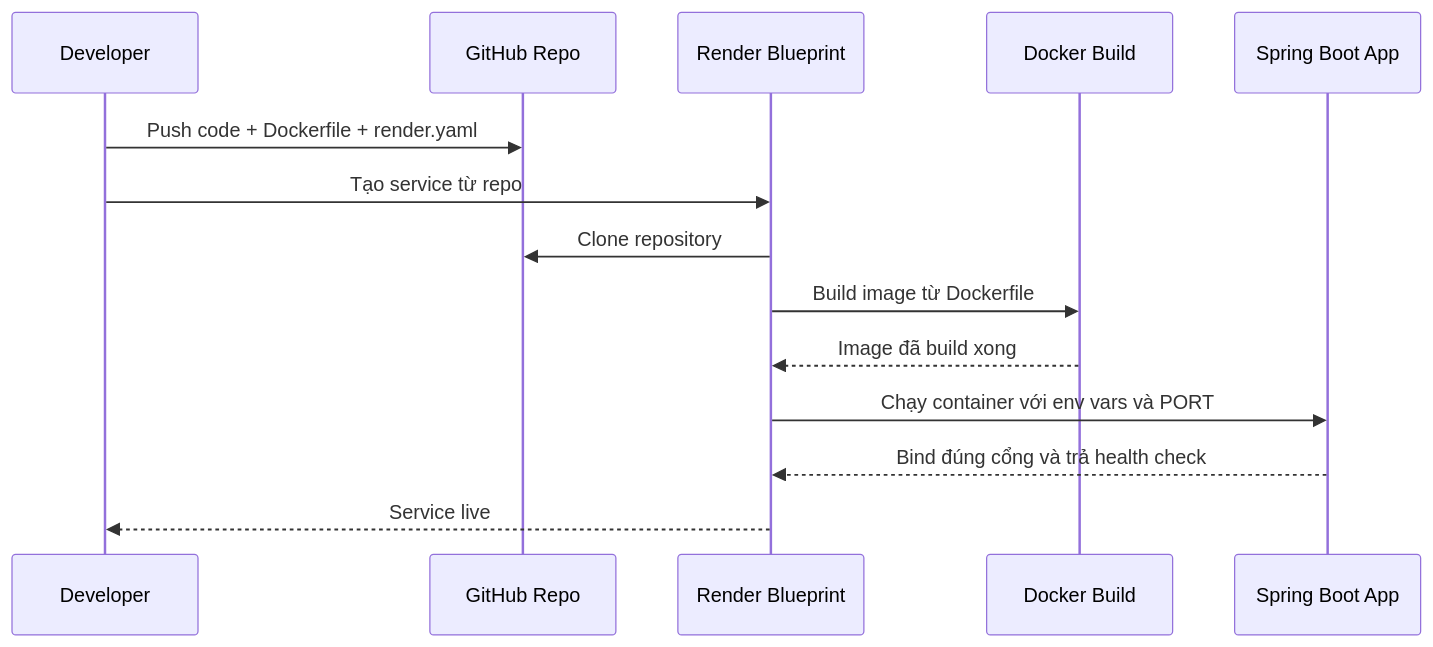
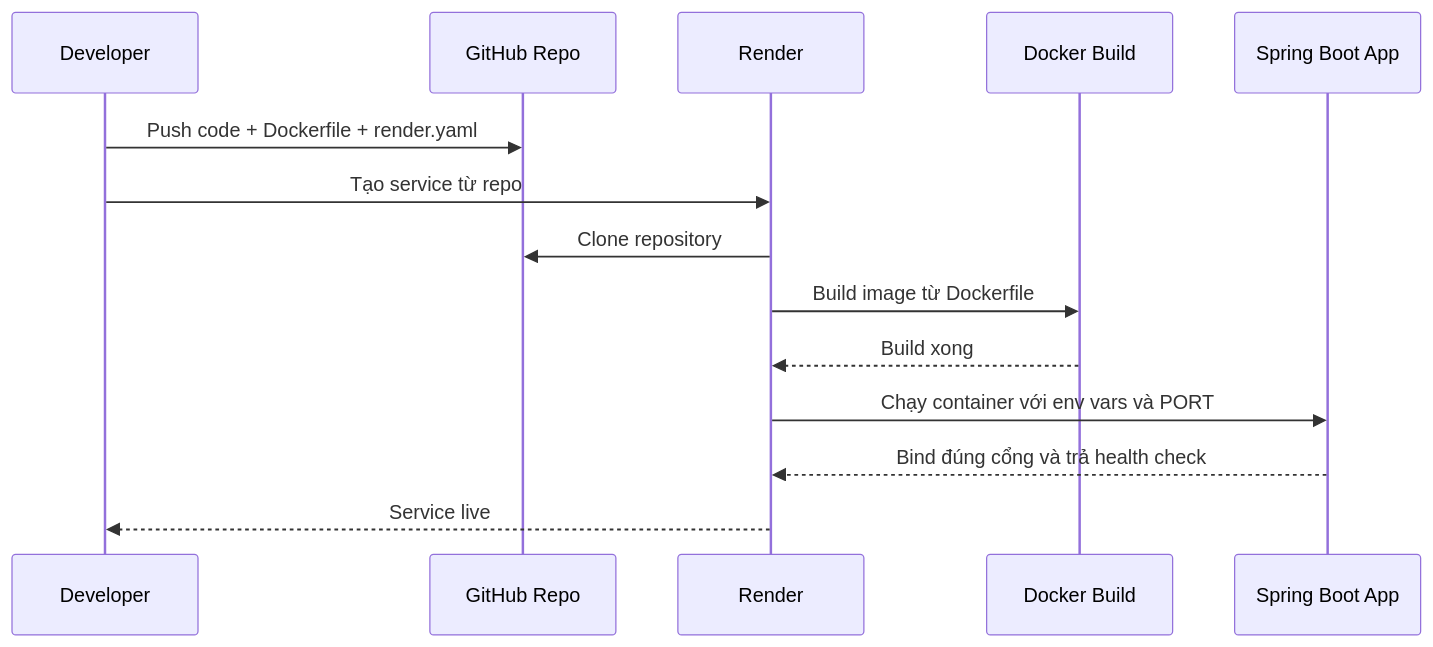
The diagram in old_bicycle_project/docs/knowledge/render-backend-deploy-basics-2026-03-24.md (HoaTran29/BE_old_bicycle_project), drawn with Mermaid before and after one commit. The commit also changed other lines of this file and 1 other file, not shown here.

Commit message:
Fix Render packaging for executable Spring Boot jar

````diff
--- a/old_bicycle_project/docs/knowledge/render-backend-deploy-basics-2026-03-24.md
+++ b/old_bicycle_project/docs/knowledge/render-backend-deploy-basics-2026-03-24.md
@@ -100,17 +117,17 @@
 ```mermaid
 sequenceDiagram
     participant Dev as Developer
     participant Git as GitHub Repo
-    participant Render as Render Blueprint
+    participant Render as Render
     participant Docker as Docker Build
     participant App as Spring Boot App
 
     Dev->>Git: Push code + Dockerfile + render.yaml
     Dev->>Render: Tạo service từ repo
     Render->>Git: Clone repository
     Render->>Docker: Build image từ Dockerfile
-    Docker-->>Render: Image đã build xong
+    Docker-->>Render: Build xong
     Render->>App: Chạy container với env vars và PORT
     App-->>Render: Bind đúng cổng và trả health check
     Render-->>Dev: Service live
 ```
````
